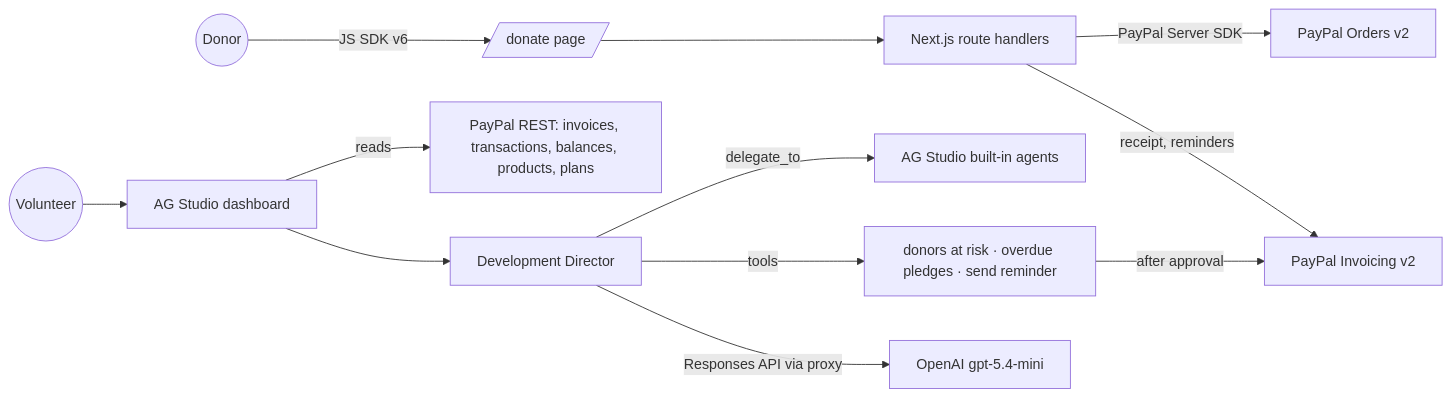
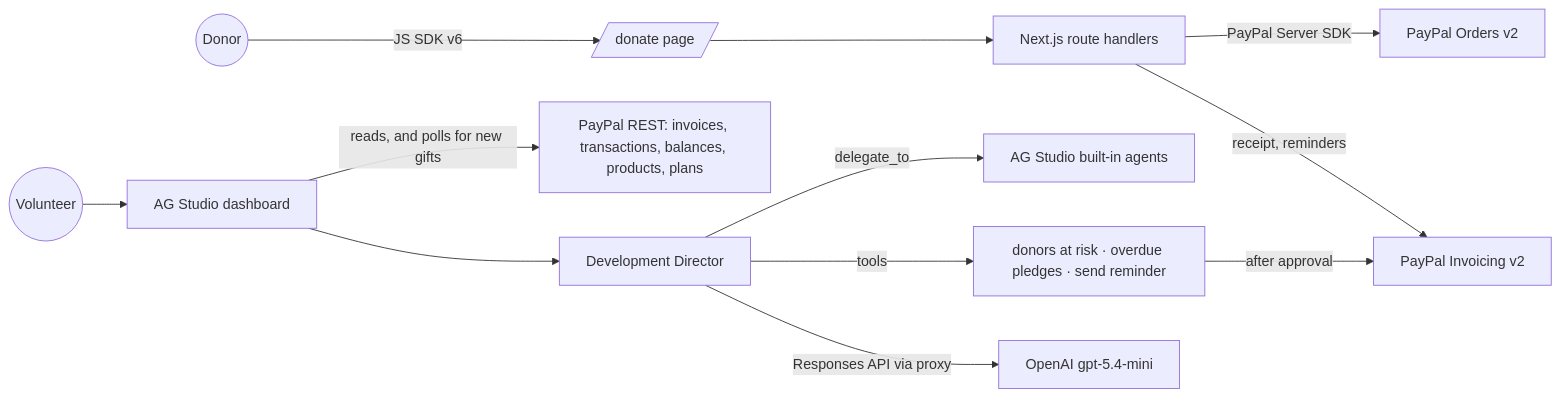
One commit to Arnaud-TOE/gratia changed the diagram in README.md. Above: the diagram before and after it, drawn with Mermaid. The commit also changed other lines of this file and 26 other files, not shown here.

````diff
--- a/README.md
+++ b/README.md
@@ -56,14 +61,14 @@
 ```mermaid
 flowchart LR
   donor((Donor)) -->|JS SDK v6| donate[/donate page/]
   donate --> api[Next.js route handlers]
   api -->|PayPal Server SDK| orders[PayPal Orders v2]
   api -->|receipt, reminders| invoicing[PayPal Invoicing v2]
   team((Volunteer)) --> dash[AG Studio dashboard]
-  dash -->|reads| rest[PayPal REST: invoices, transactions, balances, products, plans]
+  dash -->|reads, and polls for new gifts| rest[PayPal REST: invoices, transactions, balances, products, plans]
   dash --> director[Development Director]
   director -->|delegate_to| builtin[AG Studio built-in agents]
   director -->|tools| tools[donors at risk · overdue pledges · send reminder]
   tools -->|after approval| invoicing
   director -->|Responses API via proxy| llm[OpenAI gpt-5.4-mini]
 ```
````
